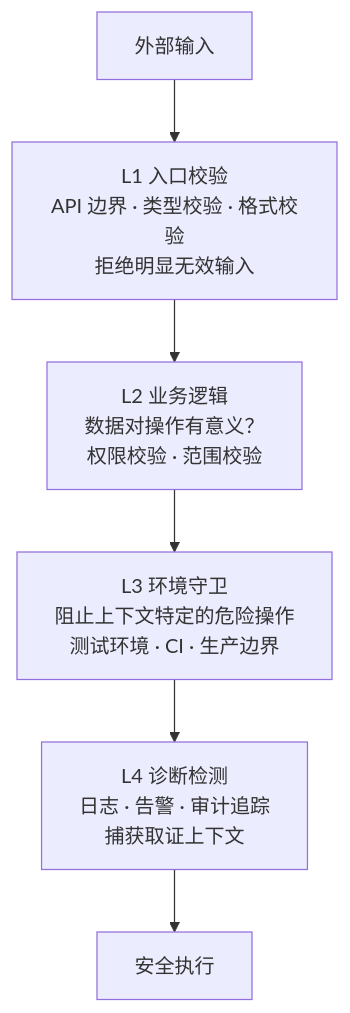
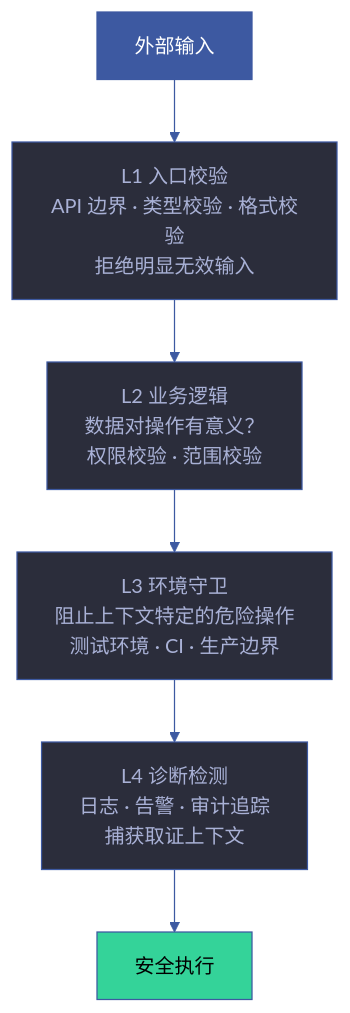
One commit to effiy/YrY changed the second of 3 diagrams in skills/rui/rules/security-guardrails.md. Above: the diagram before and after it, drawn with Mermaid. The commit also changed other lines of this file and 1028 other files, not shown here.

````diff
--- a/skills/rui/rules/security-guardrails.md
+++ b/skills/rui/rules/security-guardrails.md
@@ -64,8 +69,20 @@
 ```mermaid
+%%{init: {'theme': 'base', 'themeVariables': {
+  'primaryColor': '#1e1f2b',
+  'primaryTextColor': '#a9b1d6',
+  'primaryBorderColor': '#3d59a1',
+  'lineColor': '#3d59a1',
+  'secondaryColor': '#2b2d3b',
+  'tertiaryColor': '#21232f'
+}}}%%
 flowchart TB
     INPUT["外部输入"]:::src --> L1["L1 入口校验<br/>API 边界 · 类型校验 · 格式校验<br/>拒绝明显无效输入"]:::def
     L1 --> L2["L2 业务逻辑<br/>数据对操作有意义？<br/>权限校验 · 范围校验"]:::def
     L2 --> L3["L3 环境守卫<br/>阻止上下文特定的危险操作<br/>测试环境 · CI · 生产边界"]:::def
     L3 --> L4["L4 诊断检测<br/>日志 · 告警 · 审计追踪<br/>捕获取证上下文"]:::def
     L4 --> SAFE["安全执行"]:::pass
+
+    classDef src fill:#3d59a1,color:#fff
+    classDef def fill:#2b2d3b,stroke:#3d59a1,color:#a9b1d6
+    classDef pass fill:#34d399,color:#000
 ```
````
